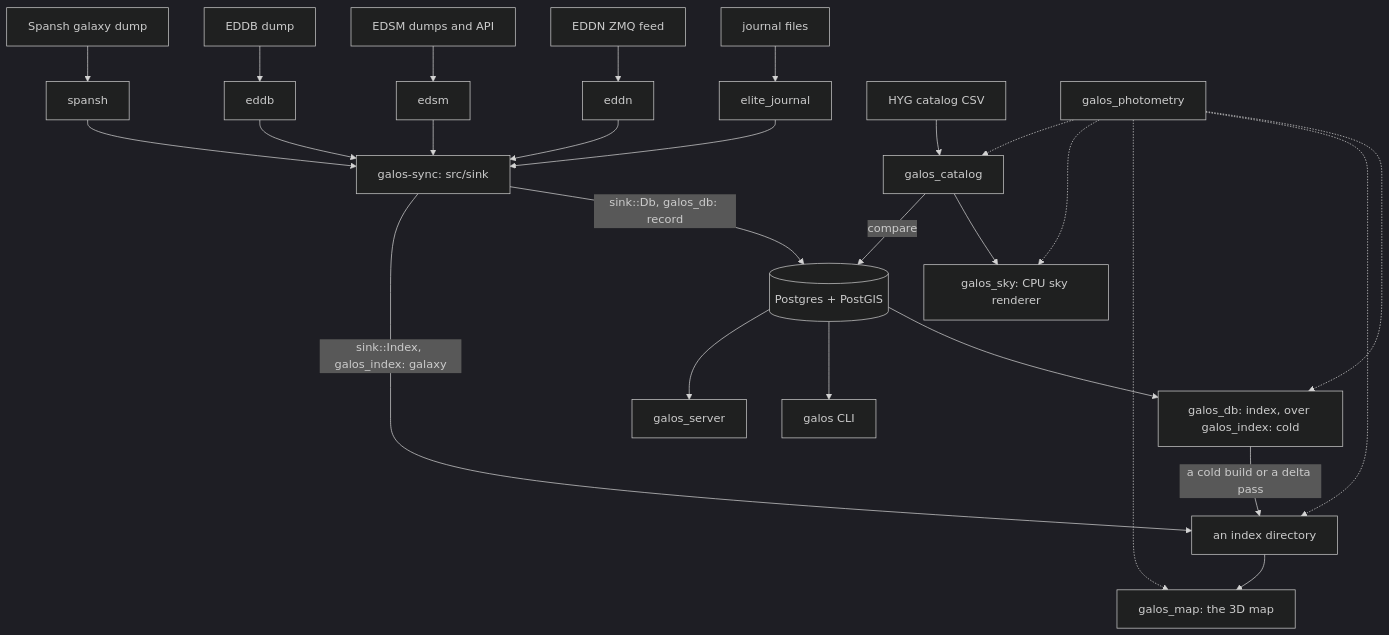
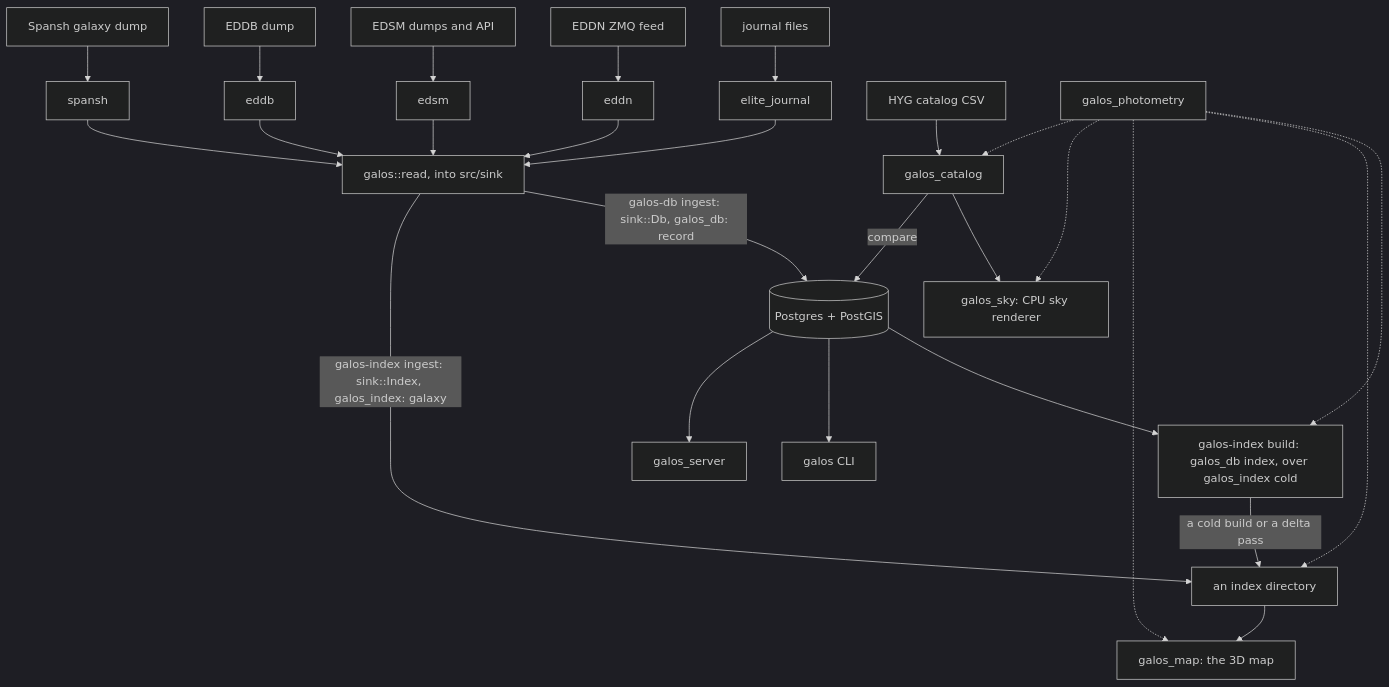
One commit to nixpulvis/galos changed the diagram in doc/ARCHITECTURE.md. Above: the diagram before and after it, drawn with Mermaid (dark theme). The commit also changed other lines of this file, not shown here.

First line of the commit message:
ARCHITECTURE.md, for the tools that exist

````diff
--- a/doc/ARCHITECTURE.md
+++ b/doc/ARCHITECTURE.md
@@ -27,33 +27,33 @@
 ```mermaid
 flowchart TD
     J[journal files] --> ES[elite_journal]
     N[EDDN ZMQ feed] --> ED[eddn]
     S[EDSM dumps and API] --> ES2[edsm]
     B[EDDB dump] --> ED2[eddb]
     SP[Spansh galaxy dump] --> SPC[spansh]
 
-    ES --> SYNC["galos-sync: src/sink"]
-    ED --> SYNC
-    ES2 --> SYNC
-    ED2 --> SYNC
-    SPC --> SYNC
+    ES --> READ["galos::read, into src/sink"]
+    ED --> READ
+    ES2 --> READ
+    ED2 --> READ
+    SPC --> READ
 
-    SYNC -->|"sink::Db, galos_db: record"| PG[(Postgres + PostGIS)]
-    SYNC -->|"sink::Index, galos_index: galaxy"| IDX["an index directory"]
-    PG --> BAKE["galos_db: index, over galos_index: cold"]
+    READ -->|"galos-db ingest: sink::Db, galos_db: record"| PG[(Postgres + PostGIS)]
+    READ -->|"galos-index ingest: sink::Index, galos_index: galaxy"| IDX["an index directory"]
+    PG --> BAKE["galos-index build: galos_db index, over galos_index cold"]
     BAKE -->|"a cold build or a delta pass"| IDX
 
     IDX --> MAP["galos_map: the 3D map"]
     PG --> CLI[galos CLI]
     PG --> SRV[galos_server]
 
     HYG[HYG catalog CSV] --> CAT[galos_catalog]
     CAT --> SKY["galos_sky: CPU sky renderer"]
     CAT -->|compare| PG
 
     PHOT[galos_photometry] -.-> BAKE
     PHOT -.-> IDX
     PHOT -.-> MAP
     PHOT -.-> SKY
     PHOT -.-> CAT
 ```
````
